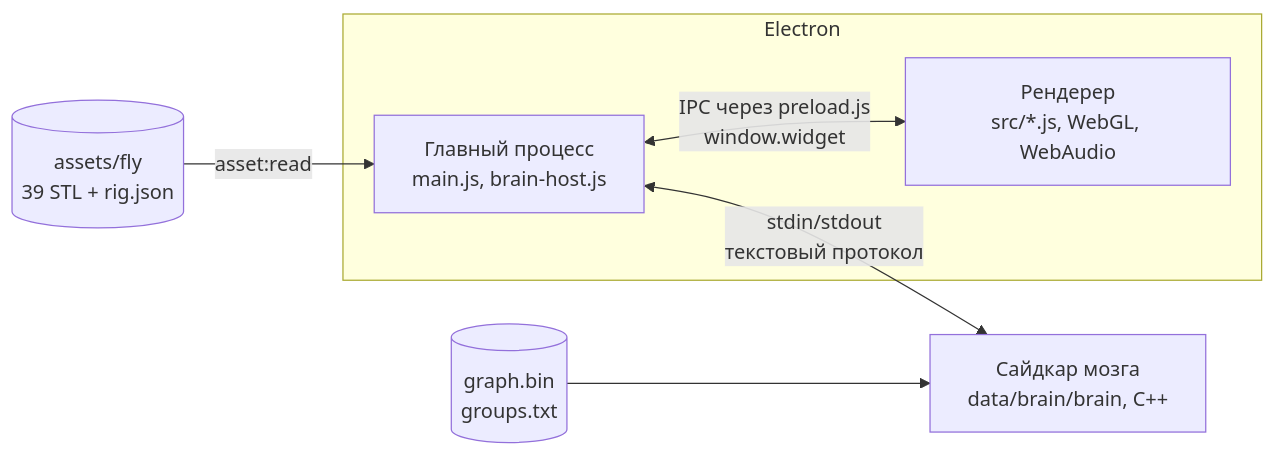
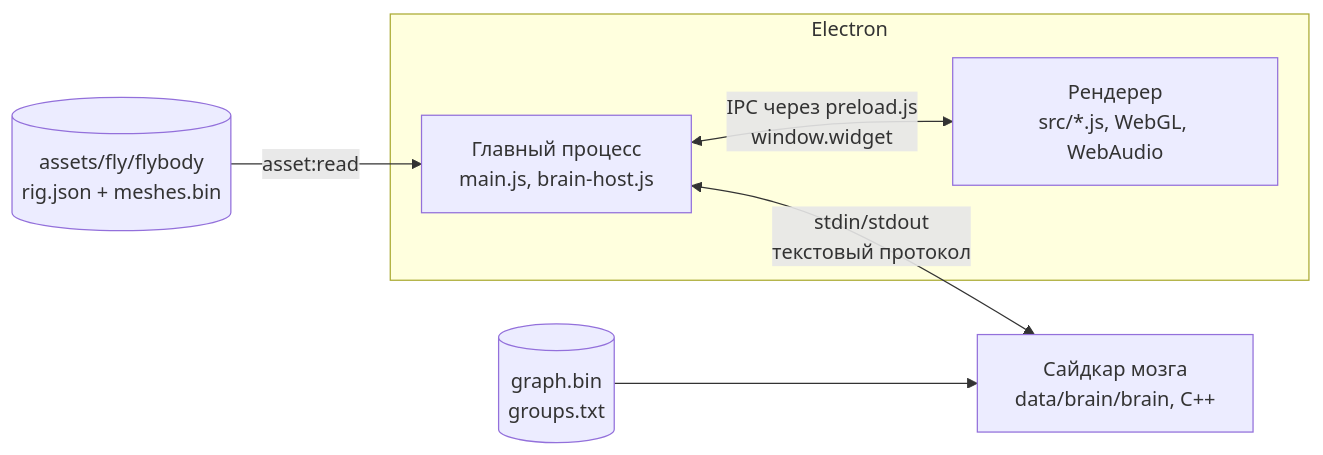
One commit to dimm0909/fly-in-the-bottle changed the first of 3 diagrams in docs/architecture.md. Above: the diagram before and after it, drawn with Mermaid. The commit also changed other lines of this file and 80 other files, not shown here.

````diff
--- a/docs/architecture.md
+++ b/docs/architecture.md
@@ -5,12 +5,12 @@
 ```{mermaid}
 flowchart LR
     subgraph electron[Electron]
         main[Главный процесс<br/>main.js, brain-host.js]
         render[Рендерер<br/>src/*.js, WebGL, WebAudio]
         main <-->|IPC через preload.js<br/>window.widget| render
     end
     side[Сайдкар мозга<br/>data/brain/brain, C++]
     main <-->|stdin/stdout<br/>текстовый протокол| side
     data[(graph.bin<br/>groups.txt)] --> side
-    assets[(assets/fly<br/>39 STL + rig.json)] -->|asset:read| main
+    assets[(assets/fly/flybody<br/>rig.json + meshes.bin)] -->|asset:read| main
 ```
````
